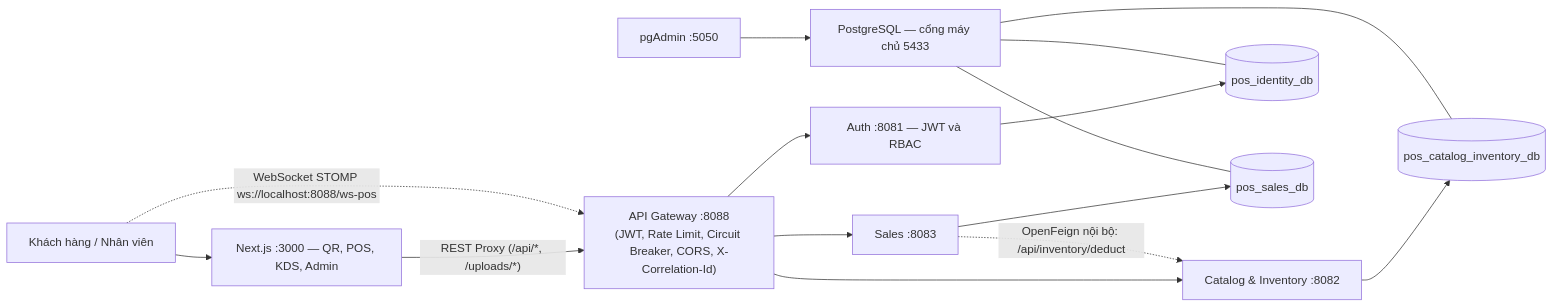
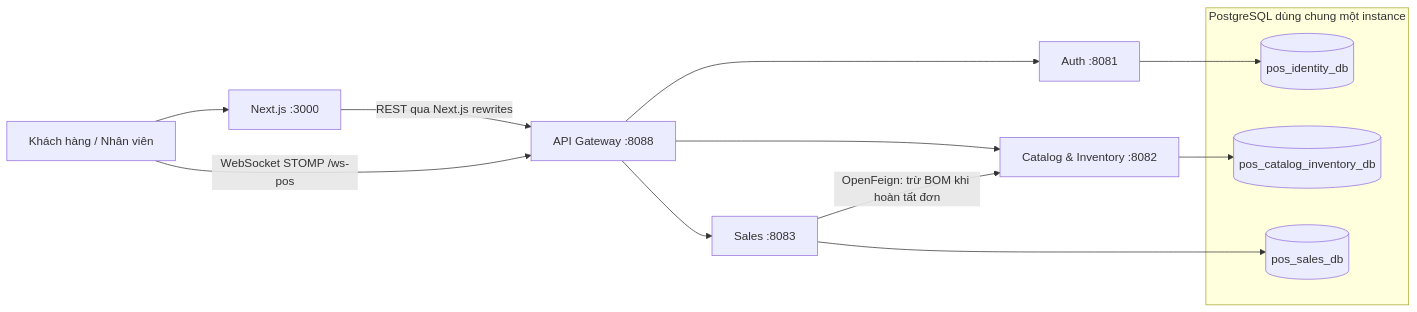
One commit to poromvp/Smart-POS changed the diagram in README.md. Above: the diagram before and after it, drawn with Mermaid. The commit also changed other lines of this file, not shown here.

````diff
--- a/README.md
+++ b/README.md
@@ -69,17 +64,18 @@
 ```mermaid
 flowchart LR
-    U["Khách hàng / Nhân viên"] --> FE["Next.js :3000 — QR, POS, KDS, Admin"]
-    FE -->|"REST Proxy (/api/*, /uploads/*)"| GW["API Gateway :8088<br/>(JWT, Rate Limit, Circuit Breaker, CORS, X-Correlation-Id)"]
-    U -.->|"WebSocket STOMP ws://localhost:8088/ws-pos"| GW
-    GW --> AUTH["Auth :8081 — JWT và RBAC"]
-    GW --> CAT["Catalog & Inventory :8082"]
-    GW --> SALES["Sales :8083"]
-    SALES -.->|"OpenFeign nội bộ: /api/inventory/deduct"| CAT
-    AUTH --> ADB[(pos_identity_db)]
-    CAT --> CDB[(pos_catalog_inventory_db)]
-    SALES --> SDB[(pos_sales_db)]
-    PGA["pgAdmin :5050"] --> PG["PostgreSQL — cổng máy chủ 5433"]
-    PG --- ADB
-    PG --- CDB
-    PG --- SDB
+    U[Khách hàng / Nhân viên] --> FE[Next.js :3000]
+    FE -->|REST qua Next.js rewrites| GW[API Gateway :8088]
+    U -->|WebSocket STOMP /ws-pos| GW
+    GW --> AUTH[Auth :8081]
+    GW --> CAT[Catalog & Inventory :8082]
+    GW --> SALES[Sales :8083]
+    SALES -->|OpenFeign: trừ BOM khi hoàn tất đơn| CAT
+    subgraph PG[PostgreSQL dùng chung một instance]
+        ADB[(pos_identity_db)]
+        CDB[(pos_catalog_inventory_db)]
+        SDB[(pos_sales_db)]
+    end
+    AUTH --> ADB
+    CAT --> CDB
+    SALES --> SDB
 ```
````
